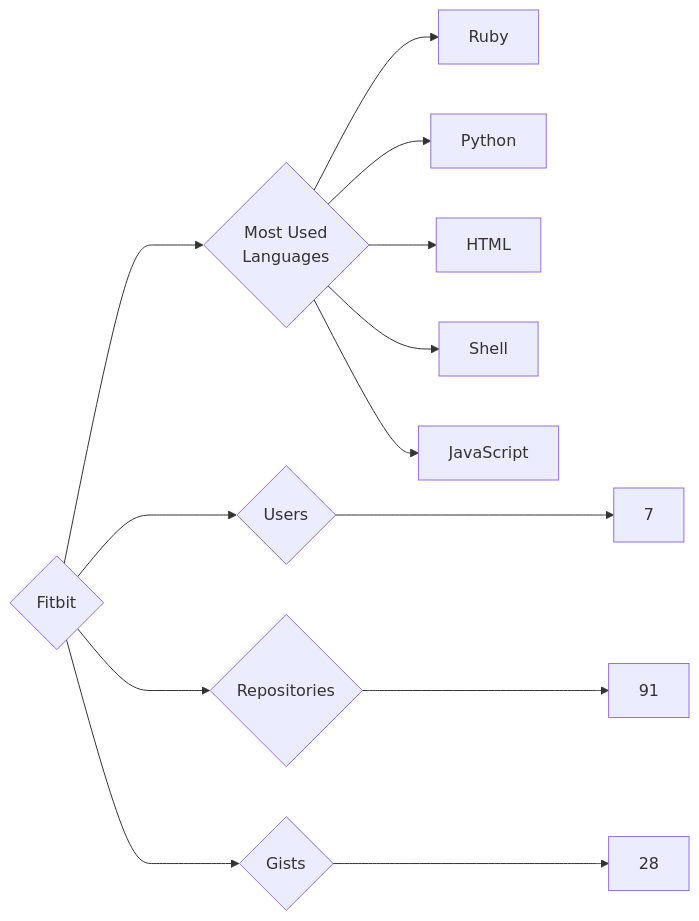
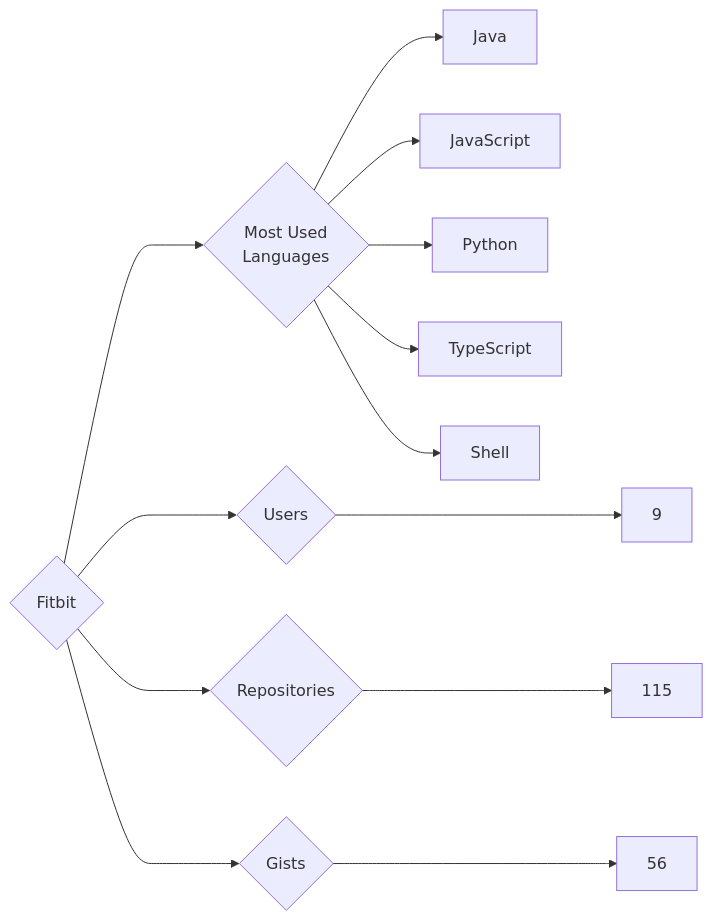
The diagram in targets/Fitbit/README.md (trickest/insiders), drawn with Mermaid before and after one commit. The commit also changed 1084 other files, not shown here.

````diff
--- a/targets/Fitbit/README.md
+++ b/targets/Fitbit/README.md
@@ -3,13 +3,13 @@
 ```mermaid
 graph LR
 COMPANY_NAME{Fitbit}
-COMPANY_NAME ---> U{Users} ---> UN[7]
-COMPANY_NAME ---> R{Repositories} ---> RN[91]
-COMPANY_NAME ---> G{Gists} ---> GN[28]
+COMPANY_NAME ---> U{Users} ---> UN[9]
+COMPANY_NAME ---> R{Repositories} ---> RN[115]
+COMPANY_NAME ---> G{Gists} ---> GN[56]
 COMPANY_NAME ---> ML{Most Used<br>Languages}
-ML --> Ruby[Ruby]
+ML --> Java[Java]
+ML --> JavaScript[JavaScript]
 ML --> Python[Python]
-ML --> HTML[HTML]
+ML --> TypeScript[TypeScript]
 ML --> Shell[Shell]
-ML --> JavaScript[JavaScript]
 ```
````
